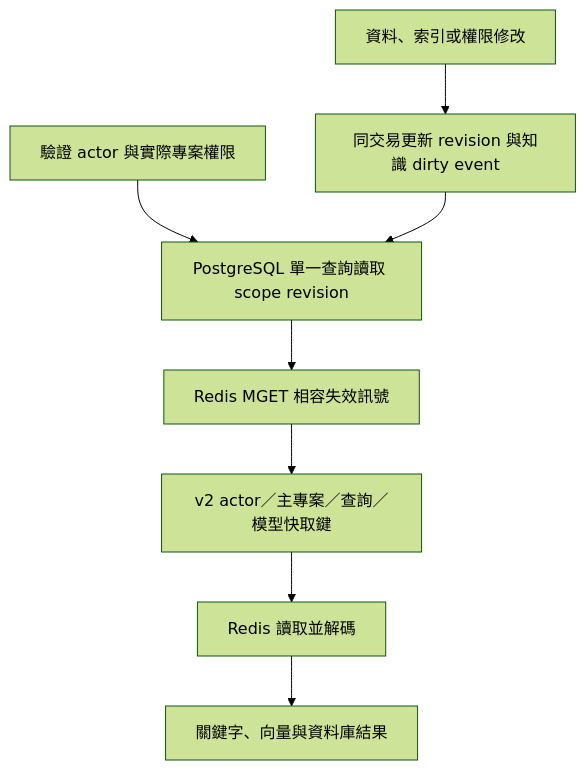
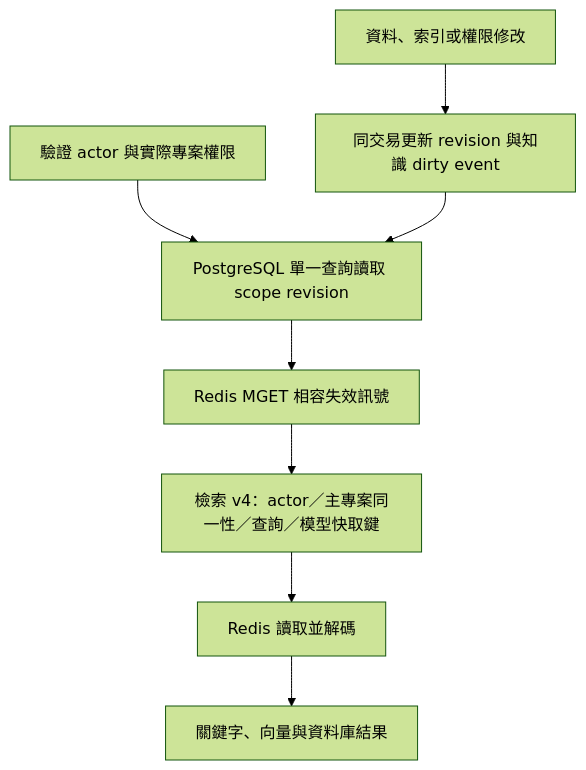
The diagram in docs/cache-consistency-and-monitoring.md (RodHsu/ContextHub), drawn with Mermaid (forest theme) before and after one commit. The commit also changed other lines of this file and 1 other file, not shown here.

````diff
--- a/docs/cache-consistency-and-monitoring.md
+++ b/docs/cache-consistency-and-monitoring.md
@@ -7,17 +7,17 @@
 ```mermaid
 flowchart TD
     Auth["驗證 actor 與實際專案權限"]
     Rev["PostgreSQL 單一查詢讀取 scope revision"]
-    Key["v2 actor／主專案／查詢／模型快取鍵"]
+    Key["檢索 v4：actor／主專案同一性／查詢／模型快取鍵"]
     Redis["Redis 讀取並解碼"]
     Source["關鍵字、向量與資料庫結果"]
     Mutation["資料、索引或權限修改"]
     Commit["同交易更新 revision 與知識 dirty event"]
     Auth --> Rev
     Rev --> Signals["Redis MGET 相容失效訊號"]
     Signals --> Key
     Key --> Redis
     Redis --> Source
     Mutation --> Commit
     Commit --> Rev
 ```
````
